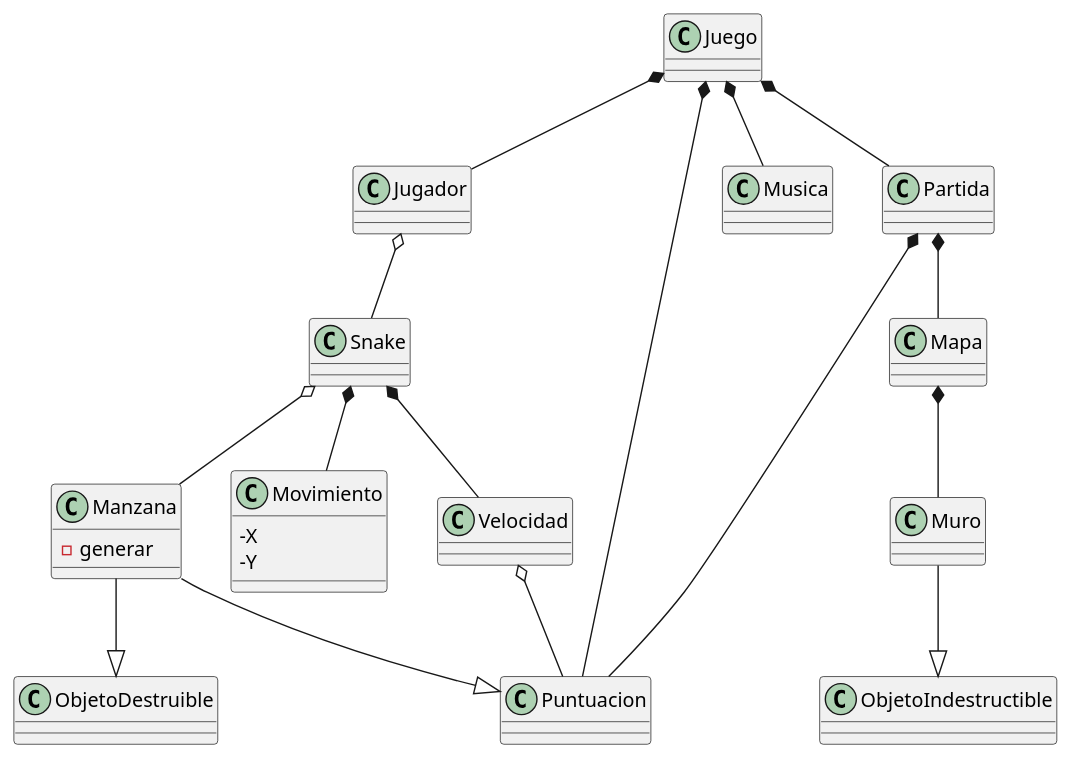
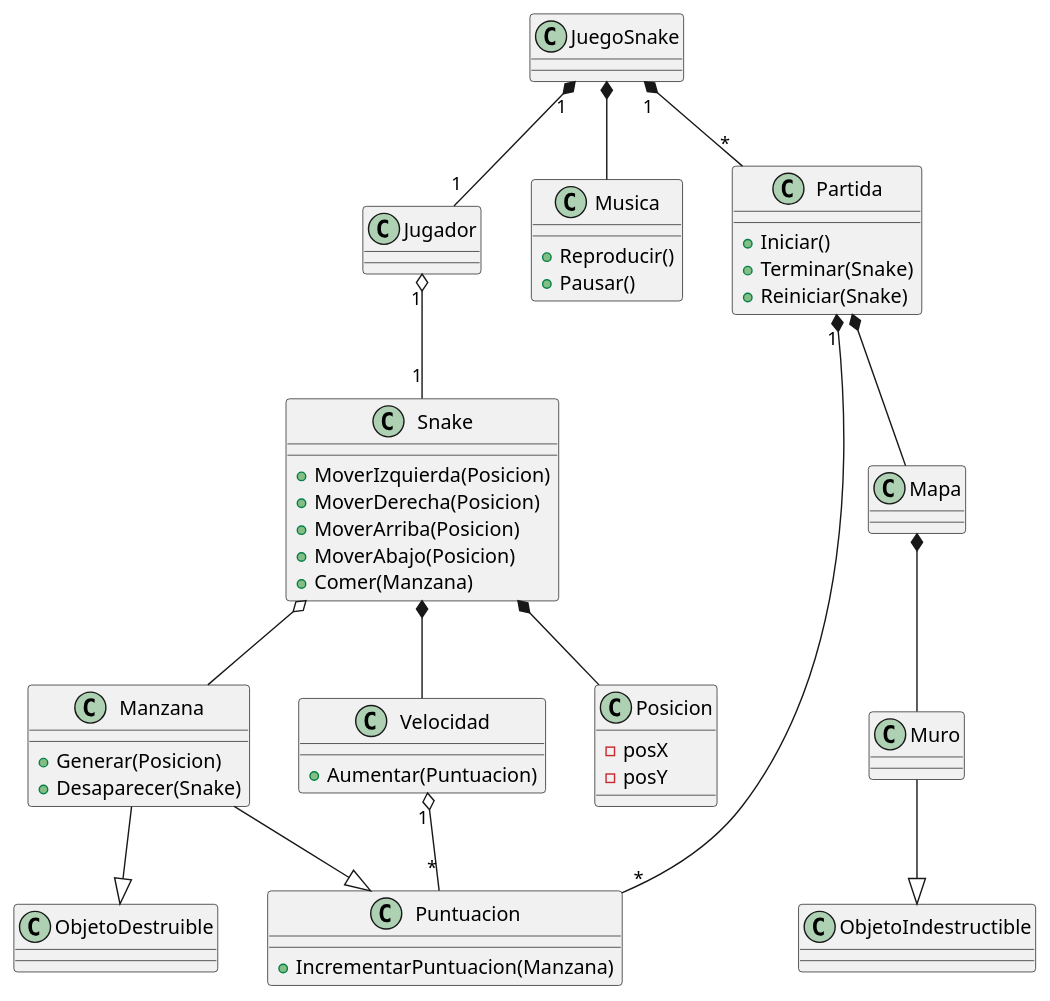
The diagram in docs/snake.puml (AlanDorantes/Snake), drawn with PlantUML before and after one commit.

Commit message:
Version 2

```diff
--- a/docs/snake.puml
+++ b/docs/snake.puml
@@ -1,48 +1,84 @@
 @startuml Snake
 
-class Juego
-class Jugador
+class JuegoSnake {
 
-class Snake
-class Velocidad
-class Movimiento{
-    -X
-    -Y
 }
 
-class Manzana{
-    -generar
+class Jugador {
+    
 }
 
-class ObjetoDestruible
-class ObjetoIndestructible
+class Snake {
+    +MoverIzquierda(Posicion)
+    +MoverDerecha(Posicion)
+    +MoverArriba(Posicion)
+    +MoverAbajo(Posicion)
+    +Comer(Manzana)
+}
 
-class Puntuacion
-class Mapa
-class Muro
-class Musica
-class Partida
+class Velocidad {
+    +Aumentar(Puntuacion)
+}
+
+class Posicion {
+    -posX
+    -posY
+}
+
+class Posicion {
 
 
+}
+
+class Manzana {
+    +Generar(Posicion)
+    +Desaparecer(Snake)
+}
+
+class ObjetoDestruible {
+    
+}
+
+class ObjetoIndestructible {
+    
+}
+
+class Puntuacion {
+    +IncrementarPuntuacion(Manzana)
+}
+
+class Mapa {
+    
+}
+
+class Muro {
+    
+}
+
+class Musica {
+    +Reproducir()
+    +Pausar()
+}
+
+class Partida {
+    +Iniciar()
+    +Terminar(Snake)
+    +Reiniciar(Snake)
+}
 
 Partida *-- Mapa
 Mapa *-- Muro
-Juego *-- Jugador
-Juego *-- Puntuacion
-Jugador o-- Snake
-Snake *-- Movimiento
+JuegoSnake "1" *-- "1" Jugador
+Jugador "1" o-- "1" Snake
+Snake *-- Posicion
 Snake o-- Manzana
 Snake *-- Velocidad
-Velocidad o-- Puntuacion
+Velocidad "1" o-- "*" Puntuacion
 Manzana --|> ObjetoDestruible
 Manzana --|> Puntuacion
 Muro --|> ObjetoIndestructible
-Juego *-- Musica
-Juego *-- Partida
-Partida *-- Puntuacion
-
-
-
-
+JuegoSnake *-- Musica
+JuegoSnake "1" *-- "*" Partida
+Partida "1" *-- "*" Puntuacion
 
 @enduml
```
